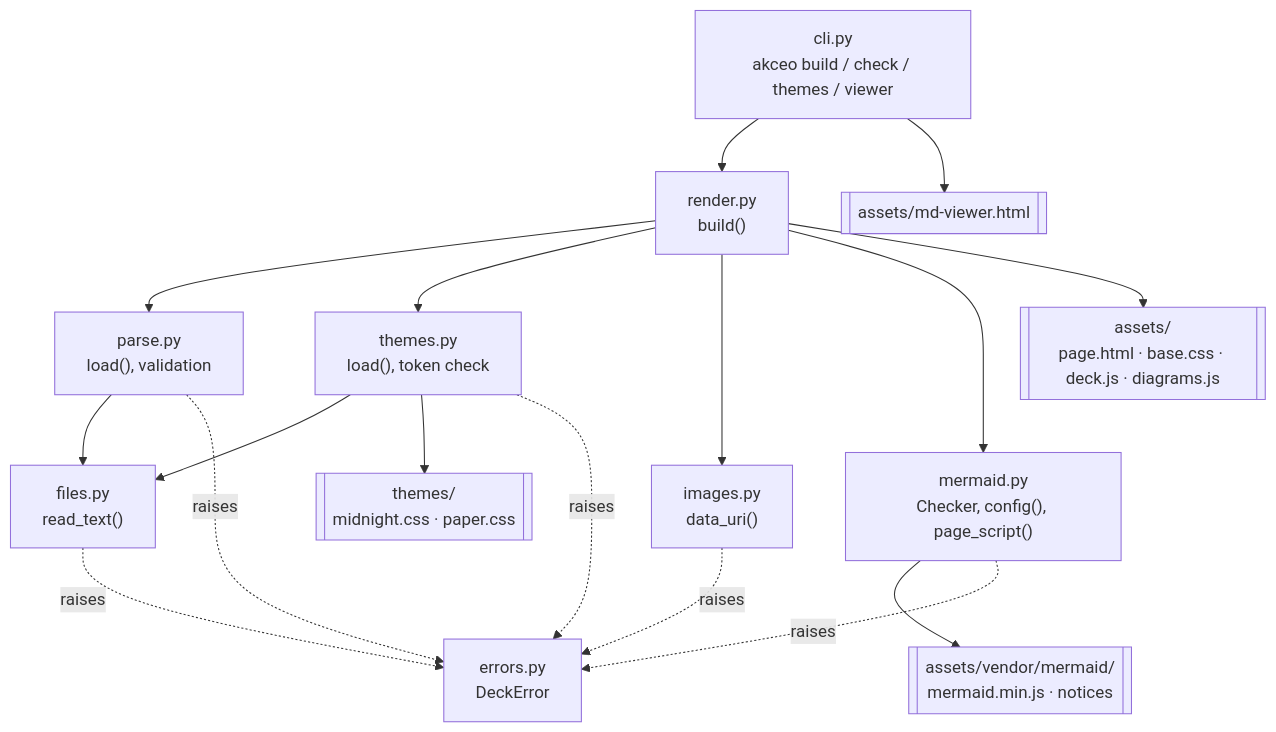
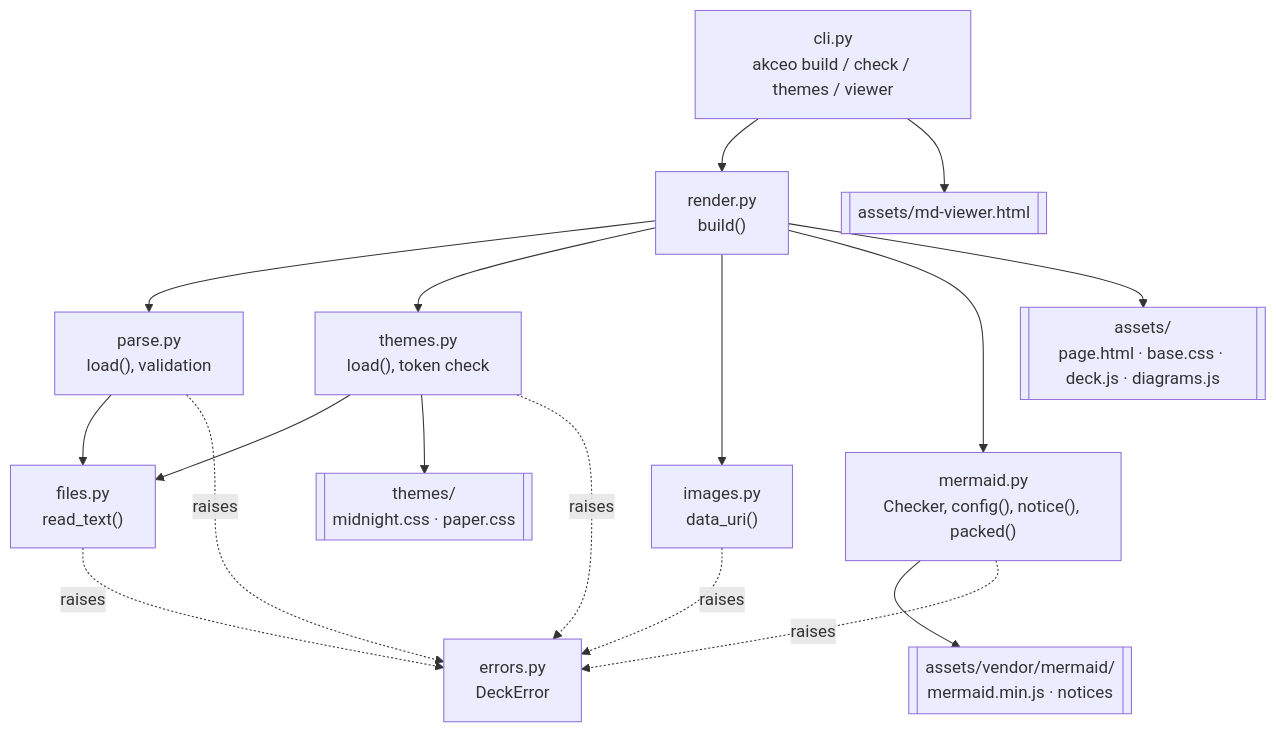
Before and after one commit to LunarCommand/akceo: the fifth of 11 diagrams in docs/how-it-works.md, drawn with Mermaid. The commit also changed other lines of this file and 22 other files, not shown here.

First line of the commit message:
Image captions, a compressed Mermaid, and the demo online (#18)

````diff
--- a/docs/how-it-works.md
+++ b/docs/how-it-works.md
@@ -196,19 +196,19 @@
 ```mermaid
 flowchart TD
     cli["cli.py<br/>akceo build / check / themes / viewer"] --> render["render.py<br/>build()"]
     render --> parse["parse.py<br/>load(), validation"]
     parse --> files["files.py<br/>read_text()"]
     render --> themes["themes.py<br/>load(), token check"]
     themes --> files
     render --> images["images.py<br/>data_uri()"]
-    render --> mermaid["mermaid.py<br/>Checker, config(), page_script()"]
+    render --> mermaid["mermaid.py<br/>Checker, config(), notice(), packed()"]
     mermaid --> vendor[["assets/vendor/mermaid/<br/>mermaid.min.js · notices"]]
     render --> assets[["assets/<br/>page.html · base.css · deck.js · diagrams.js"]]
     themes --> builtin[["themes/<br/>midnight.css · paper.css"]]
     cli --> viewer[["assets/md-viewer.html"]]
     parse -.->|raises| err["errors.py<br/>DeckError"]
     themes -.->|raises| err
     images -.->|raises| err
     mermaid -.->|raises| err
     files -.->|raises| err
 ```
````
